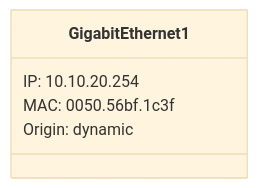
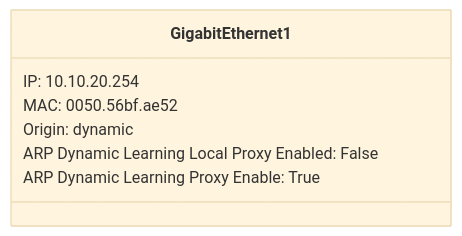
The second of 11 diagrams in Examples/IOS-XE/dist-rtr01 arp class.md (automateyournetwork/pyYAHTS), drawn with Mermaid (base theme) before and after one commit. The commit also changed other lines of this file and 34 other files, not shown here.

Commit message:
ios-xe class diagrams

````diff
--- a/Examples/IOS-XE/dist-rtr01 arp class.md
+++ b/Examples/IOS-XE/dist-rtr01 arp class.md
@@ -10,8 +12,10 @@
 ```mermaid
 classDiagram
 class GigabitEthernet1{
 IP: 10.10.20.254
-MAC: 0050.56bf.1c3f
+MAC: 0050.56bf.ae52
 Origin: dynamic
+ARP Dynamic Learning Local Proxy Enabled: False
+ARP Dynamic Learning Proxy Enable: True
 }
 ```
````
